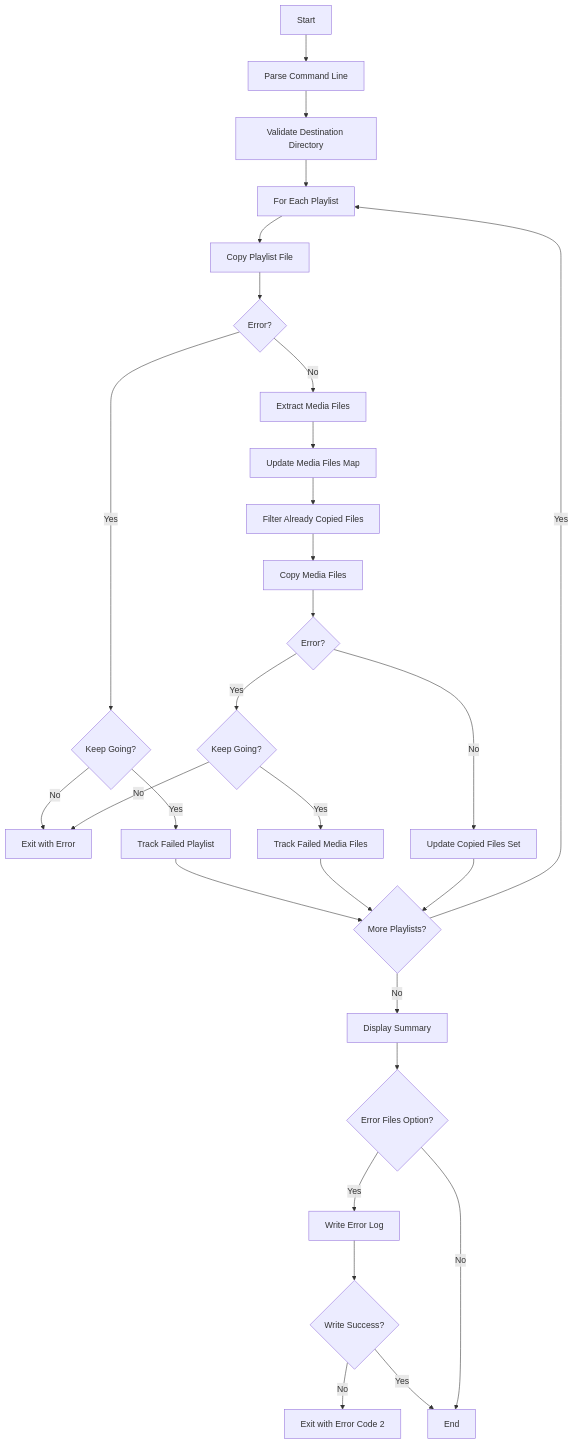
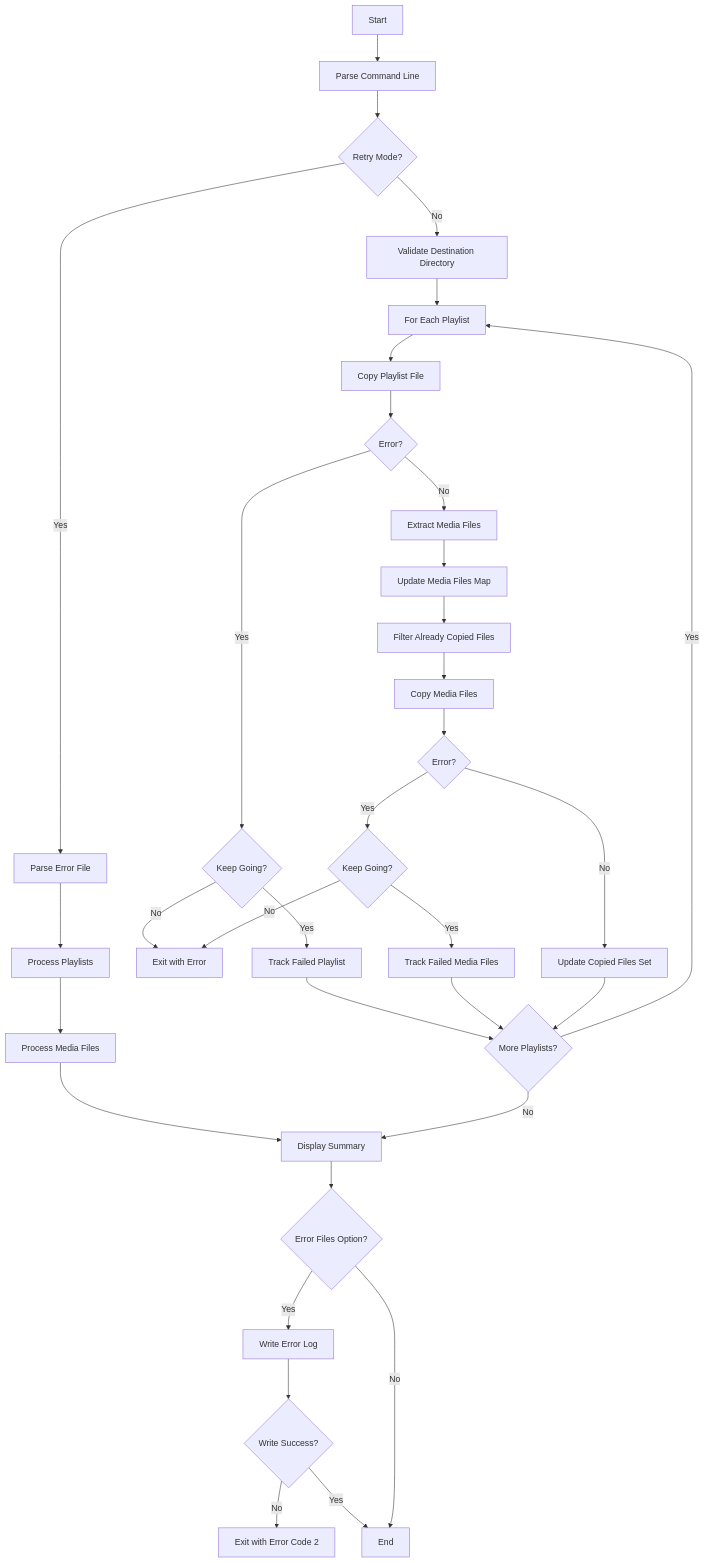
One commit to upperstream/playlist-manager changed the first of 2 diagrams in doc/plm-put-playlist.md. Above: the diagram before and after it, drawn with Mermaid. The commit also changed other lines of this file and 5 other files, not shown here.

````diff
--- a/doc/plm-put-playlist.md
+++ b/doc/plm-put-playlist.md
@@ -41,31 +54,36 @@
 ```mermaid
 flowchart TD
     A[Start] --> B[Parse Command Line]
-    B --> C[Validate Destination Directory]
+    B --> B1{Retry Mode?}
+    B1 -->|Yes| B2[Parse Error File]
+    B2 --> B3[Process Playlists]
+    B3 --> B4[Process Media Files]
+    B4 --> Q
+    B1 -->|No| C[Validate Destination Directory]
     C --> D[For Each Playlist]
     D --> E[Copy Playlist File]
     E --> F{Error?}
     F -->|Yes| G{Keep Going?}
     G -->|No| H[Exit with Error]
     G -->|Yes| I1[Track Failed Playlist]
     I1 --> K
     F -->|No| I[Extract Media Files]
     I --> J[Update Media Files Map]
     J --> L[Filter Already Copied Files]
     L --> M[Copy Media Files]
     M --> N{Error?}
     N -->|Yes| O{Keep Going?}
     O -->|No| H
     O -->|Yes| O1[Track Failed Media Files]
     O1 --> K
     N -->|No| P[Update Copied Files Set]
     P --> K{More Playlists?}
     K -->|Yes| D
     K -->|No| Q[Display Summary]
     Q --> Q1{Error Files Option?}
     Q1 -->|Yes| Q2[Write Error Log]
     Q2 --> Q3{Write Success?}
     Q3 -->|No| Q4[Exit with Error Code 2]
     Q3 -->|Yes| R[End]
     Q1 -->|No| R
 ```
````
